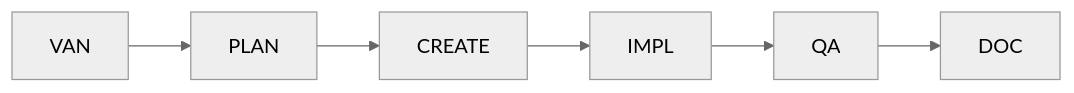
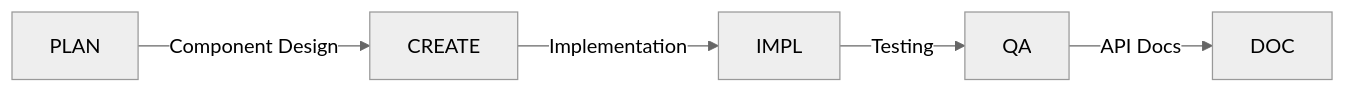
Before and after one commit to igor2000xp/my-form-reg-db: the third of 9 diagrams in AGENTS.md, drawn with Mermaid (neutral theme). The commit also changed other lines of this file and 2 other files, not shown here.

````diff
--- a/AGENTS.md
+++ b/AGENTS.md
@@ -149,5 +275,7 @@
    ```mermaid
    graph LR
-       VAN --> PLAN --> CREATE
-       CREATE --> IMPL --> QA --> DOC
+       PLAN --> |Component Design| CREATE
+       CREATE --> |Implementation| IMPL
+       IMPL --> |Testing| QA
+       QA --> |API Docs| DOC
    ```
````
